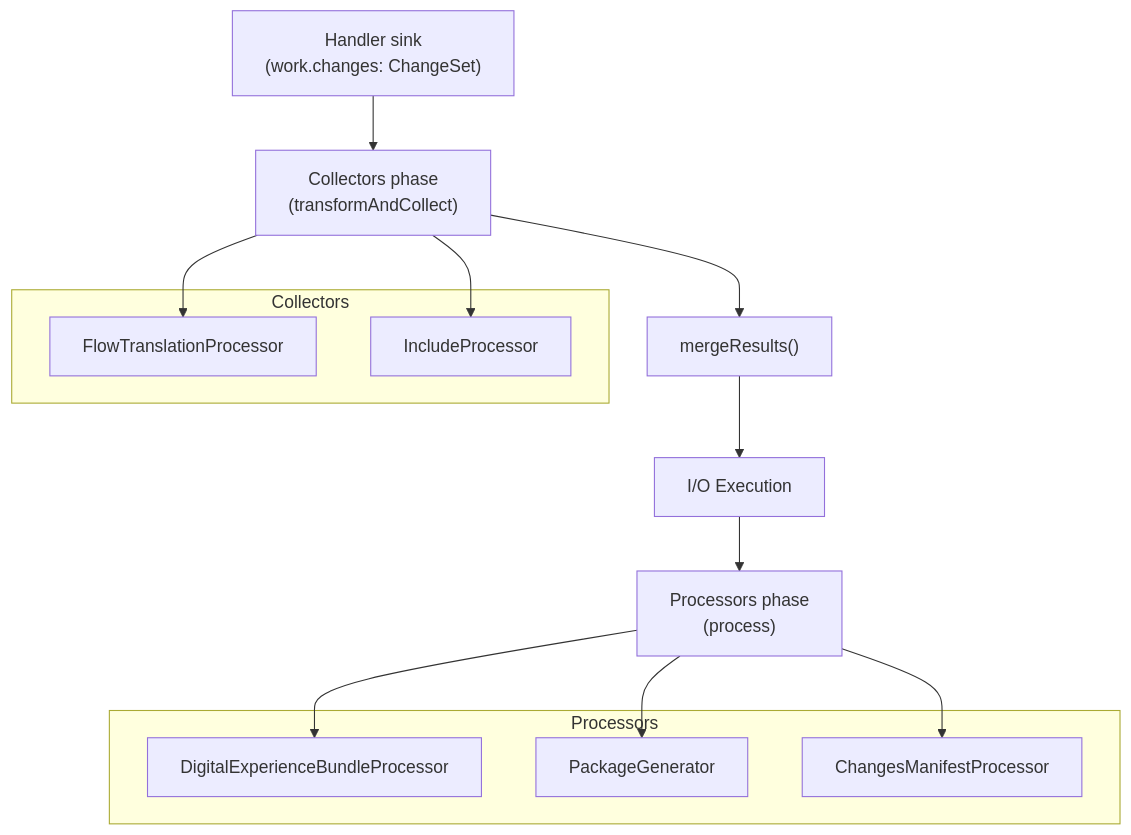
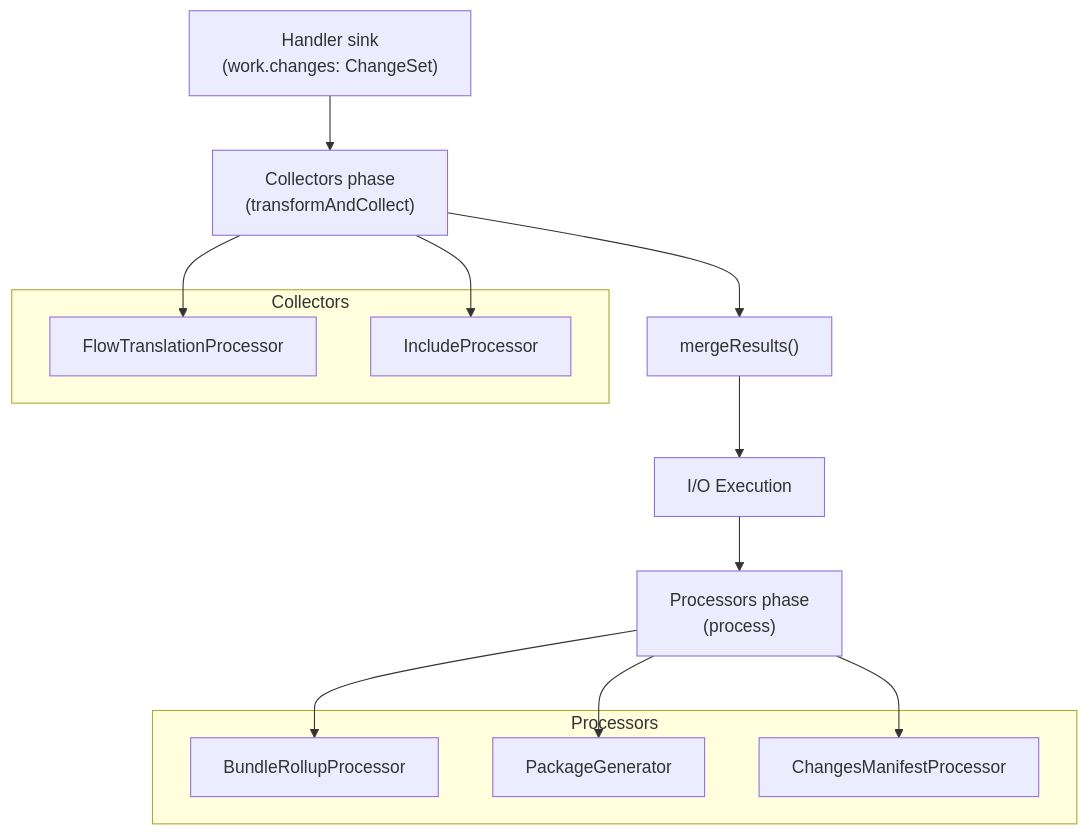
Before and after one commit to scolladon/sfdx-git-delta: the fifth of 5 diagrams in DESIGN.md, drawn with Mermaid. The commit also changed other lines of this file and 5 other files, not shown here.

First line of the commit message:
refactor: rename to BundleRollupProcessor and use coord-keyed removal

````diff
--- a/DESIGN.md
+++ b/DESIGN.md
@@ -356,24 +356,24 @@
 ```mermaid
 flowchart TD
     HR["Handler sink<br/>(work.changes: ChangeSet)"] --> C["Collectors phase<br/>(transformAndCollect)"]
     C --> M["mergeResults()"]
     M --> IO["I/O Execution"]
     IO --> P["Processors phase<br/>(process)"]
 
     subgraph Collectors
         FT["FlowTranslationProcessor"]
         IP["IncludeProcessor"]
     end
 
     subgraph Processors
-        DEB["DigitalExperienceBundleProcessor"]
+        DEB["BundleRollupProcessor"]
         PG["PackageGenerator"]
         CM["ChangesManifestProcessor"]
     end
 
     C --> FT
     C --> IP
     P --> DEB
     P --> PG
     P --> CM
 ```
````
